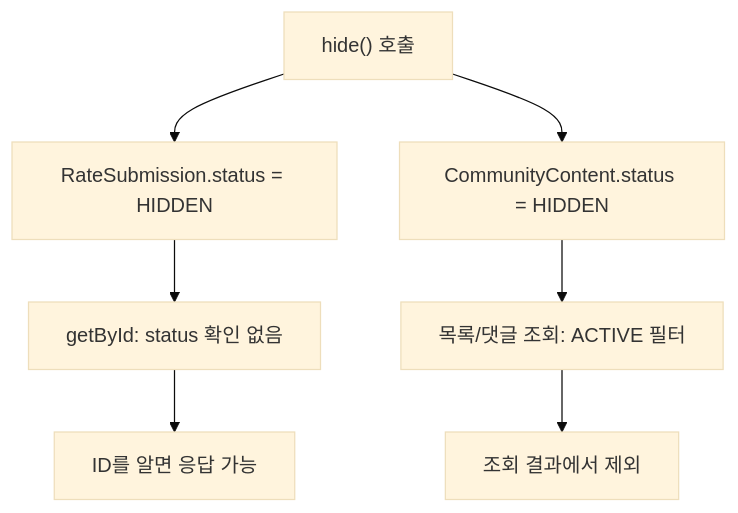
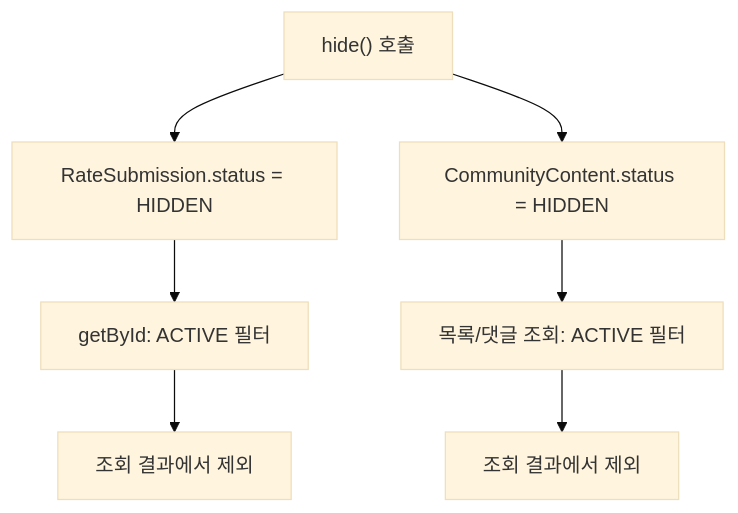
Before and after one commit to Olma-Web/OLma-Docs: the second of 2 diagrams in docs/development/domain-knowledge-guide.md, drawn with Mermaid (base theme). The commit also changed other lines of this file and 3 other files, not shown here.

````diff
--- a/docs/development/domain-knowledge-guide.md
+++ b/docs/development/domain-knowledge-guide.md
@@ -93,9 +91,9 @@
 ```mermaid
 flowchart TD
   hidden["hide() 호출"] --> rate["RateSubmission.status = HIDDEN"]
   hidden --> community["CommunityContent.status = HIDDEN"]
-  rate --> rateGet["getById: status 확인 없음"]
-  rateGet --> rateVisible["ID를 알면 응답 가능"]
+  rate --> rateGet["getById: ACTIVE 필터"]
+  rateGet --> rateHidden["조회 결과에서 제외"]
   community --> communityList["목록/댓글 조회: ACTIVE 필터"]
   communityList --> communityHidden["조회 결과에서 제외"]
 ```
````
